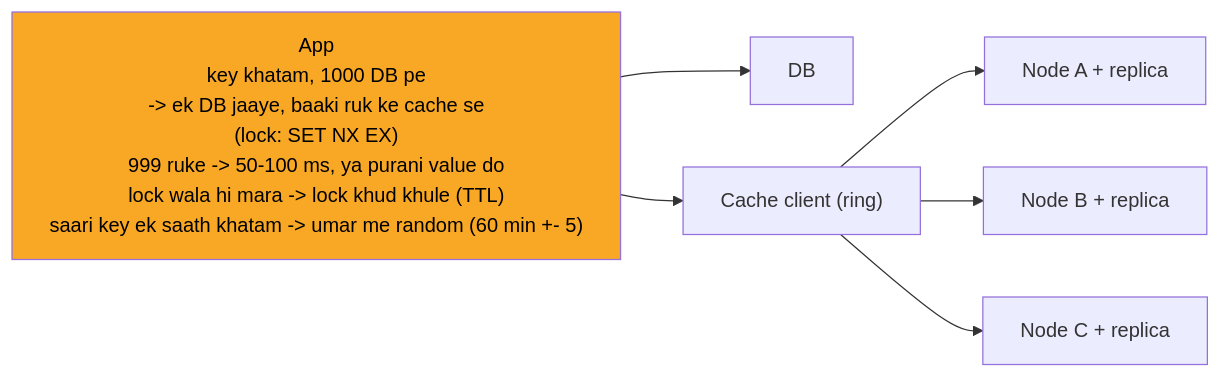
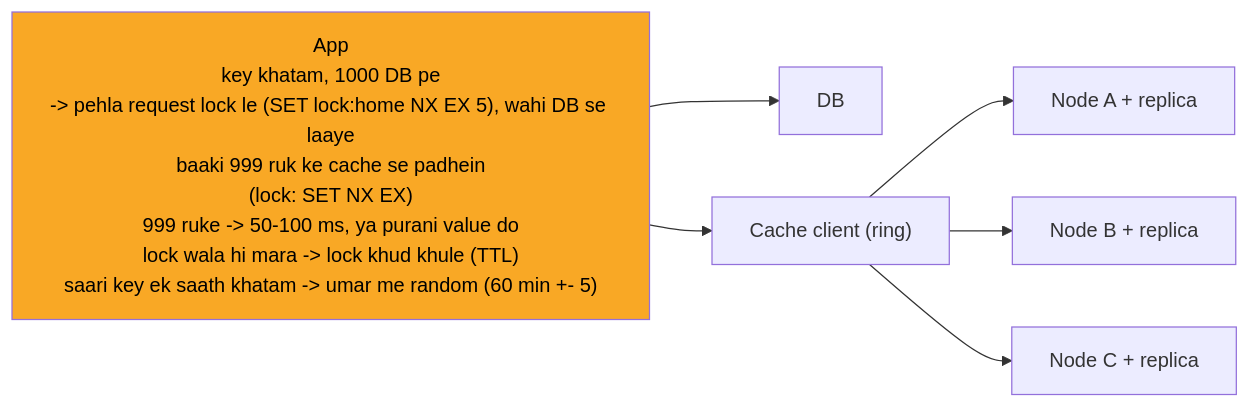
One commit to ArpanMaheshwari144/Prep changed the sixth of 8 diagrams in 04_HLD/SYSTEM_DESIGNS/10_distributed_cache/10_distributed_cache.md. Above: the diagram before and after it, drawn with Mermaid. The commit also changed other lines of this file and 13 other files, not shown here.

````diff
--- a/04_HLD/SYSTEM_DESIGNS/10_distributed_cache/10_distributed_cache.md
+++ b/04_HLD/SYSTEM_DESIGNS/10_distributed_cache/10_distributed_cache.md
@@ -251,16 +251,16 @@
 ```mermaid
 %%{init: {"flowchart": {"wrappingWidth": 450}}}%%
 flowchart LR
-    n_App["App<br/>key khatam, 1000 DB pe<br/>-> ek DB jaaye, baaki ruk ke cache se<br/>(lock: SET NX EX)<br/>999 ruke -> 50-100 ms, ya purani value do<br/>lock wala hi mara -> lock khud khule (TTL)<br/>saari key ek saath khatam -> umar me random (60 min +- 5)"]
+    n_App["App<br/>key khatam, 1000 DB pe<br/>-> pehla request lock le (SET lock:home NX EX 5), wahi DB se laaye<br/>baaki 999 ruk ke cache se padhein<br/>(lock: SET NX EX)<br/>999 ruke -> 50-100 ms, ya purani value do<br/>lock wala hi mara -> lock khud khule (TTL)<br/>saari key ek saath khatam -> umar me random (60 min +- 5)"]
     n_DB["DB"]
     n_Cache_client["Cache client (ring)"]
     n_Node_A_replica["Node A + replica"]
     n_Node_B_replica["Node B + replica"]
     n_Node_C_replica["Node C + replica"]
     n_App --> n_DB
     n_App --> n_Cache_client
     n_Cache_client --> n_Node_A_replica
     n_Cache_client --> n_Node_B_replica
     n_Cache_client --> n_Node_C_replica
     style n_App fill:#f9a825,color:#000
 ```
````
